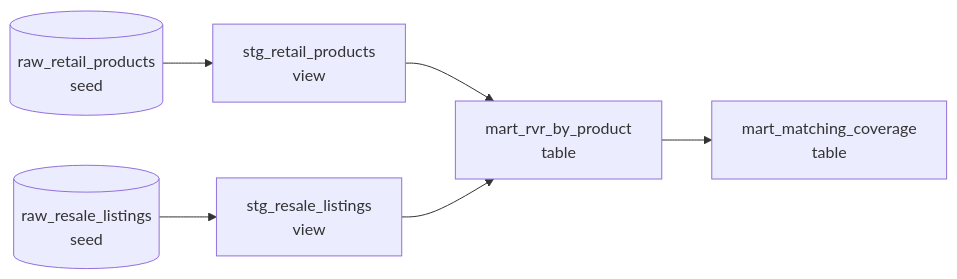
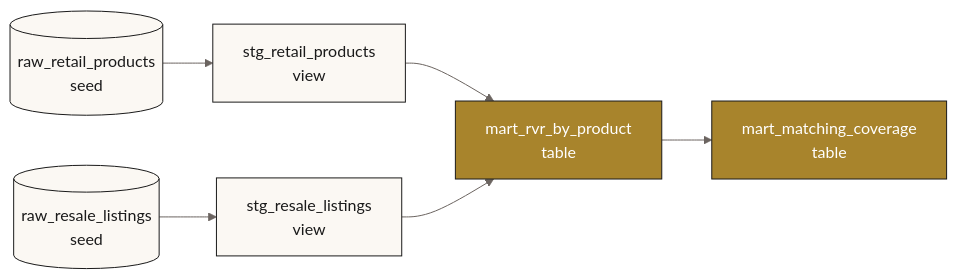
The third of 3 diagrams in README.en.md (MosesKing/dior-rvr-dbt), drawn with Mermaid before and after one commit. The commit also changed other lines of this file and 2 other files, not shown here.

Commit message:
README: clearer diagrams, consistent palette, count SQL in languages

````diff
--- a/README.en.md
+++ b/README.en.md
@@ -167,8 +163,12 @@
 ```mermaid
+%%{init: {'theme':'base','themeVariables':{'primaryColor':'#FBF8F3','primaryBorderColor':'#1A1A1A','primaryTextColor':'#1A1A1A','lineColor':'#6B6460','clusterBkg':'#F4EFE7','clusterBorder':'#D9D2C7','edgeLabelBackground':'#FFFFFF','fontFamily':'Helvetica, Arial, sans-serif'}}}%%
 flowchart LR
     A[(raw_retail_products<br/>seed)] --> B[stg_retail_products<br/>view]
     C[(raw_resale_listings<br/>seed)] --> D[stg_resale_listings<br/>view]
     B --> E[mart_rvr_by_product<br/>table]
     D --> E
     E --> F[mart_matching_coverage<br/>table]
+
+    classDef mart fill:#A8842C,stroke:#1A1A1A,color:#FFFFFF
+    class E,F mart
 ```
````
